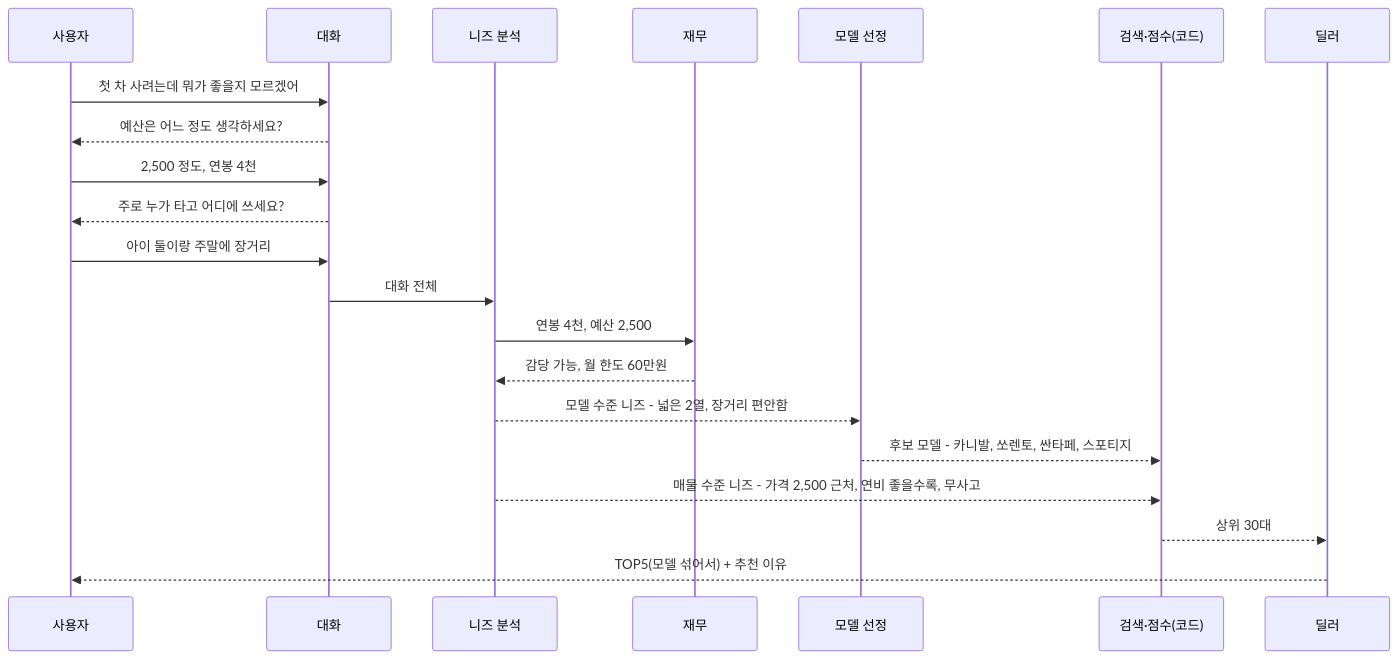
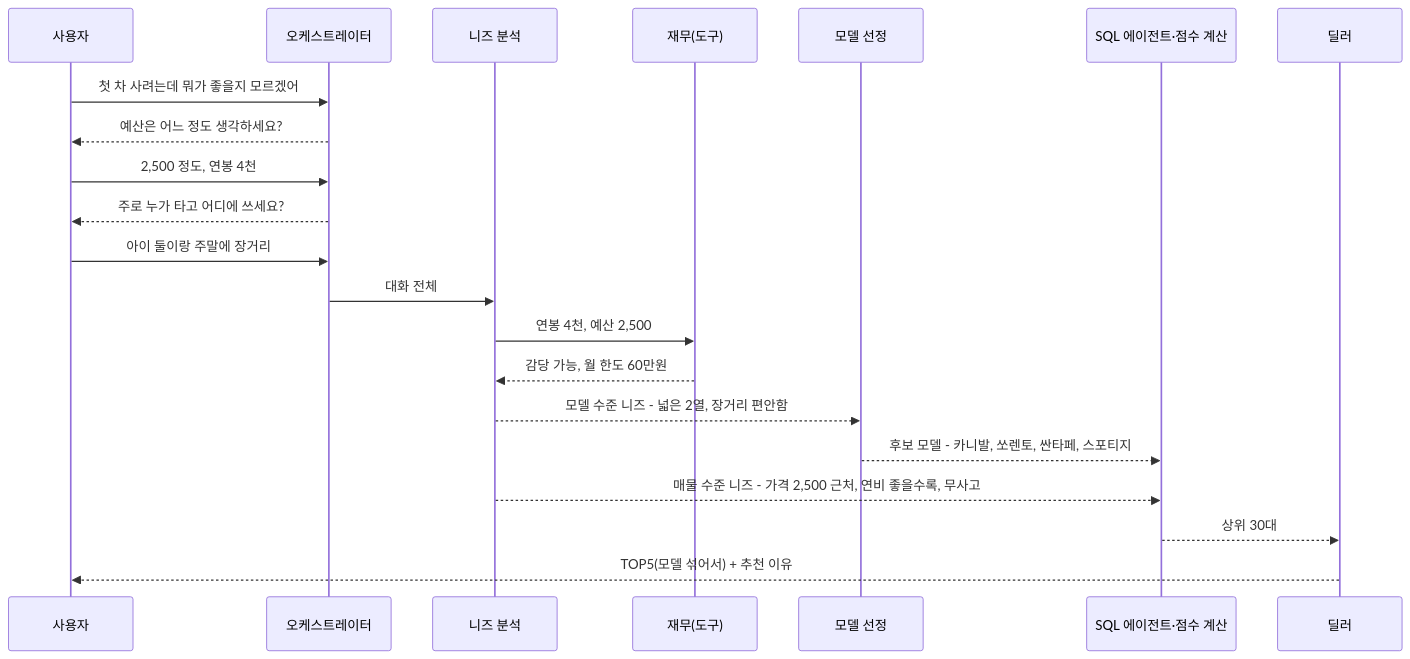
The first of 6 diagrams in docs/agent-design.md (Jacod97/car-recommend-agent), drawn with Mermaid before and after one commit. The commit also changed other lines of this file and 2 other files, not shown here.

````diff
--- a/docs/agent-design.md
+++ b/docs/agent-design.md
@@ -52,23 +58,23 @@
 ```mermaid
 sequenceDiagram
     participant U as 사용자
-    participant D as 대화
+    participant O as 오케스트레이터
     participant N as 니즈 분석
-    participant F as 재무
+    participant F as 재무(도구)
     participant M as 모델 선정
-    participant S as 검색·점수(코드)
+    participant S as SQL 에이전트·점수 계산
     participant L as 딜러
-    U->>D: 첫 차 사려는데 뭐가 좋을지 모르겠어
-    D-->>U: 예산은 어느 정도 생각하세요?
-    U->>D: 2,500 정도, 연봉 4천
-    D-->>U: 주로 누가 타고 어디에 쓰세요?
-    U->>D: 아이 둘이랑 주말에 장거리
-    D->>N: 대화 전체
+    U->>O: 첫 차 사려는데 뭐가 좋을지 모르겠어
+    O-->>U: 예산은 어느 정도 생각하세요?
+    U->>O: 2,500 정도, 연봉 4천
+    O-->>U: 주로 누가 타고 어디에 쓰세요?
+    U->>O: 아이 둘이랑 주말에 장거리
+    O->>N: 대화 전체
     N->>F: 연봉 4천, 예산 2,500
     F-->>N: 감당 가능, 월 한도 60만원
     N-->>M: 모델 수준 니즈 - 넓은 2열, 장거리 편안함
     M-->>S: 후보 모델 - 카니발, 쏘렌토, 싼타페, 스포티지
     N-->>S: 매물 수준 니즈 - 가격 2,500 근처, 연비 좋을수록, 무사고
     S-->>L: 상위 30대
     L-->>U: TOP5(모델 섞어서) + 추천 이유
 ```
````
